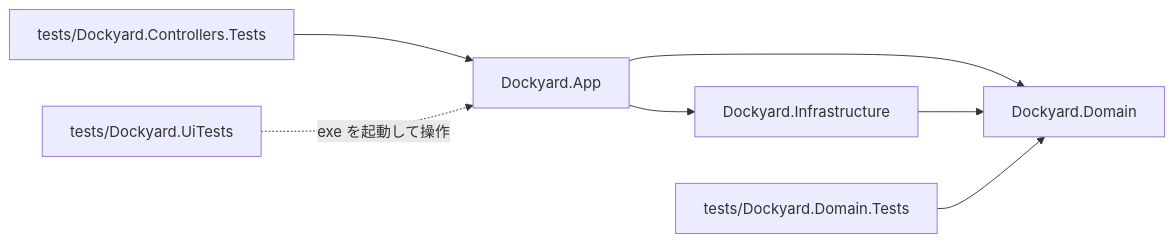
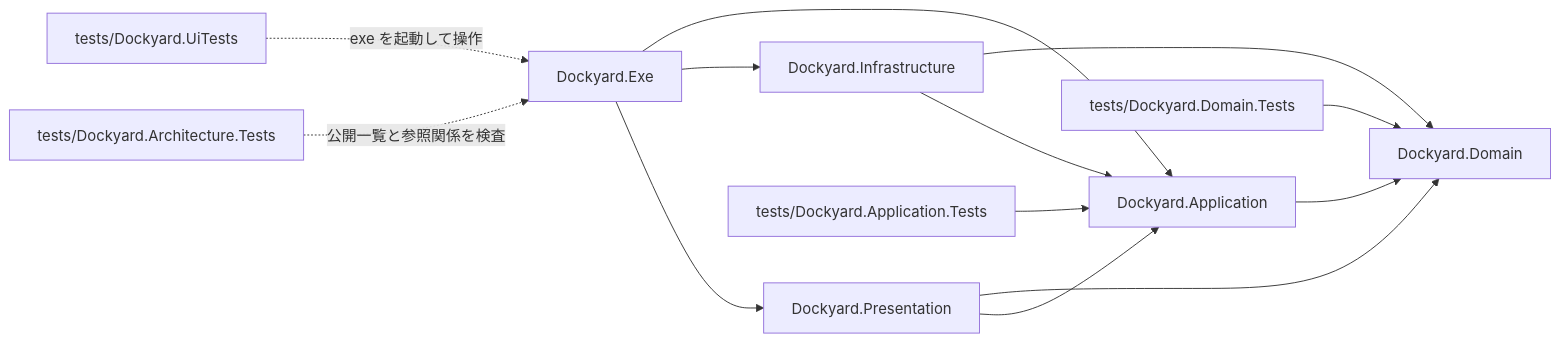
The first of 5 diagrams in docs/architecture.md (ntaksh42/dockyard), drawn with Mermaid before and after one commit. The commit also changed other lines of this file and 103 other files, not shown here.

First line of the commit message:
層構成を Domain / Application / Infrastructure / Presentation + Exe に作り直す

````diff
--- a/docs/architecture.md
+++ b/docs/architecture.md
@@ -40,9 +49,15 @@
 ```mermaid
 flowchart LR
-    App["Dockyard.App"] --> Infra["Dockyard.Infrastructure"]
-    App --> Domain["Dockyard.Domain"]
-    Infra --> Domain
-    DT["tests/Dockyard.Domain.Tests"] --> Domain
-    CT["tests/Dockyard.Controllers.Tests"] --> App
-    UT["tests/Dockyard.UiTests"] -. exe を起動して操作 .-> App
+    E["Dockyard.Exe"] --> P["Dockyard.Presentation"]
+    E --> Infra["Dockyard.Infrastructure"]
+    E --> A["Dockyard.Application"]
+    P --> A
+    Infra --> A
+    A --> D["Dockyard.Domain"]
+    P --> D
+    Infra --> D
+    DT["tests/Dockyard.Domain.Tests"] --> D
+    AT["tests/Dockyard.Application.Tests"] --> A
+    AR["tests/Dockyard.Architecture.Tests"] -. 公開一覧と参照関係を検査 .-> E
+    UT["tests/Dockyard.UiTests"] -. exe を起動して操作 .-> E
 ```
````
